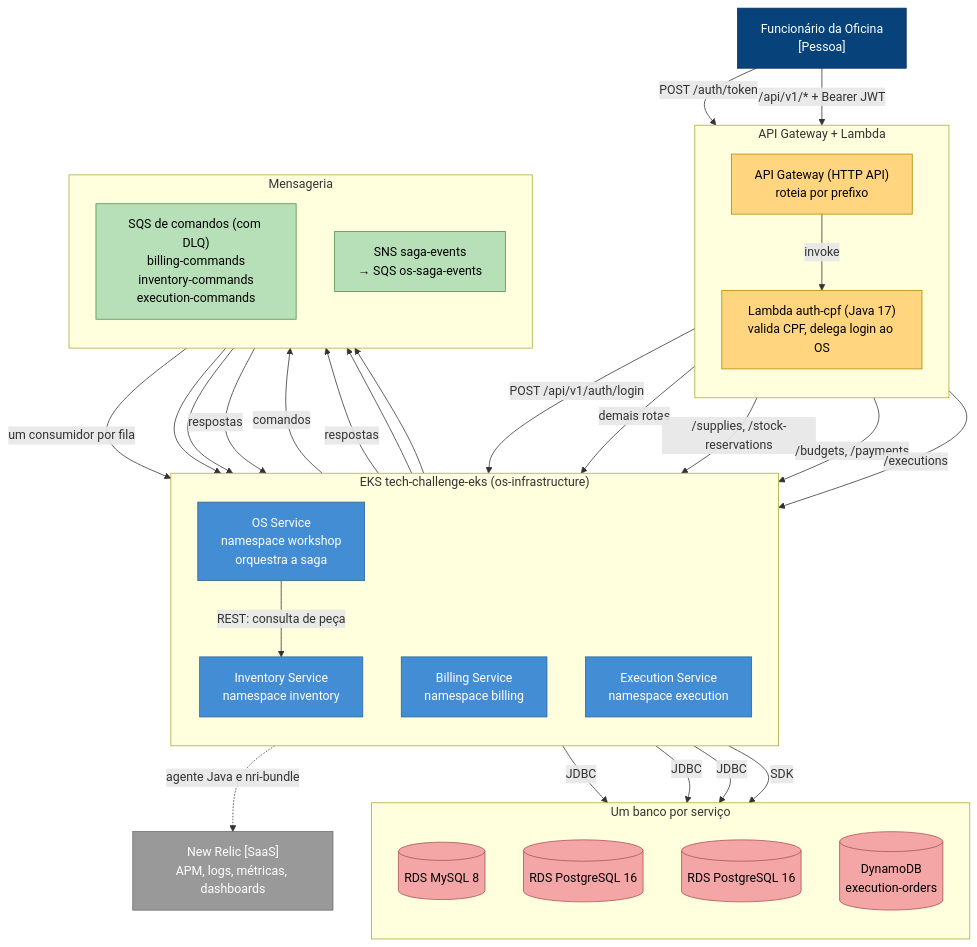
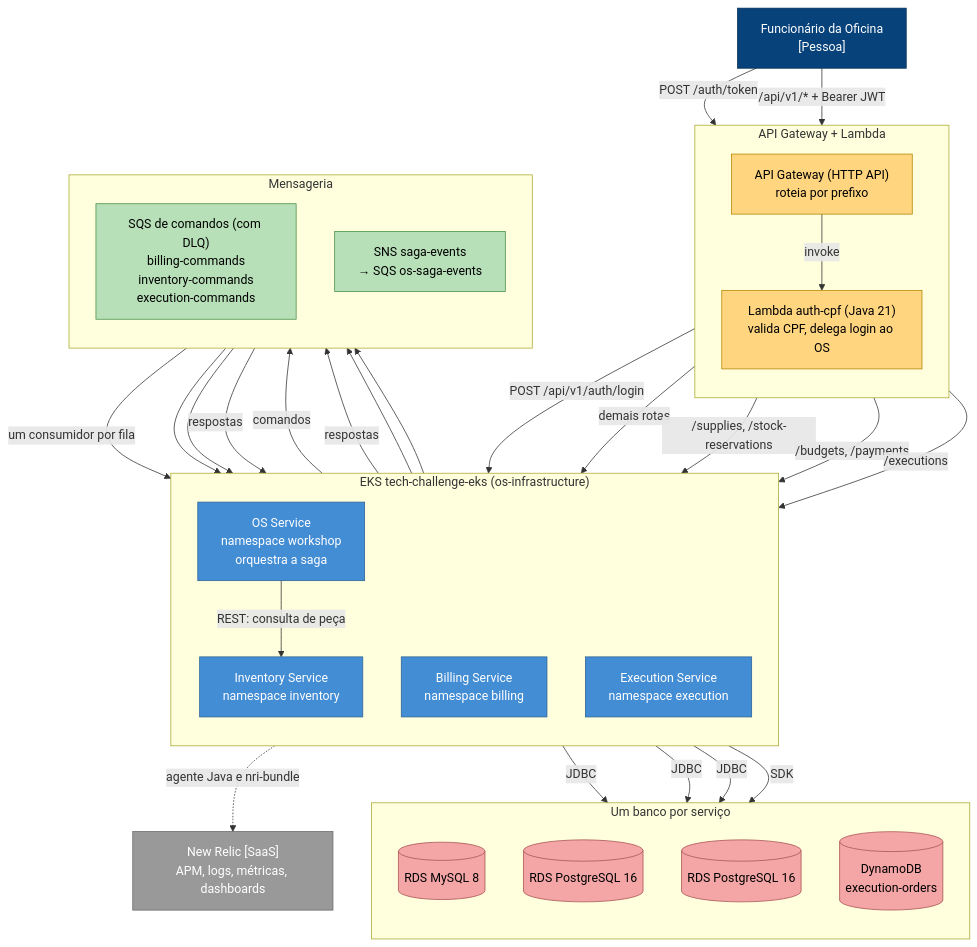
Before and after one commit to Adriana-Meyer/fiap-tech-challenge-os-service: the first of 10 diagrams in docs/ARCHITECTURE.md, drawn with Mermaid. The commit also changed other lines of this file and 9 other files, not shown here.

````diff
--- a/docs/ARCHITECTURE.md
+++ b/docs/ARCHITECTURE.md
@@ -11,67 +11,67 @@
 ```mermaid
 flowchart TB
     classDef person fill:#08427b,stroke:#052e56,color:#fff
     classDef gw fill:#ffd580,stroke:#b38600,color:#000
     classDef svc fill:#438dd5,stroke:#2e6295,color:#fff
     classDef db fill:#f4a6a6,stroke:#a85252,color:#000
     classDef msg fill:#b8e0b8,stroke:#4a8f4a,color:#000
     classDef ext fill:#999999,stroke:#6b6b6b,color:#fff
 
     Funcionario["Funcionário da Oficina<br/>[Pessoa]"]:::person
 
     subgraph GW["API Gateway + Lambda"]
         direction TB
         APIGW["API Gateway (HTTP API)<br/>roteia por prefixo"]:::gw
-        Lambda["Lambda auth-cpf (Java 17)<br/>valida CPF, delega login ao OS"]:::gw
+        Lambda["Lambda auth-cpf (Java 21)<br/>valida CPF, delega login ao OS"]:::gw
     end
 
     subgraph EKS["EKS tech-challenge-eks (os-infrastructure)"]
         direction TB
         OS["OS Service<br/>namespace workshop<br/>orquestra a saga"]:::svc
         INV["Inventory Service<br/>namespace inventory"]:::svc
         BIL["Billing Service<br/>namespace billing"]:::svc
         EXE["Execution Service<br/>namespace execution"]:::svc
     end
 
     subgraph DATA["Um banco por serviço"]
         direction TB
         DBOS[("RDS MySQL 8")]:::db
         DBINV[("RDS PostgreSQL 16")]:::db
         DBBIL[("RDS PostgreSQL 16")]:::db
         DBEXE[("DynamoDB<br/>execution-orders")]:::db
     end
 
     subgraph MSG["Mensageria"]
         direction TB
         CMD["SQS de comandos (com DLQ)<br/>billing-commands<br/>inventory-commands<br/>execution-commands"]:::msg
         EVT["SNS saga-events<br/>→ SQS os-saga-events"]:::msg
     end
 
     NewRelic["New Relic [SaaS]<br/>APM, logs, métricas, dashboards"]:::ext
 
     Funcionario -- "POST /auth/token" --> APIGW
     APIGW -- "invoke" --> Lambda
     Lambda -- "POST /api/v1/auth/login" --> OS
     Funcionario -- "/api/v1/* + Bearer JWT" --> APIGW
     APIGW -- "demais rotas" --> OS
     APIGW -- "/supplies, /stock-reservations" --> INV
     APIGW -- "/budgets, /payments" --> BIL
     APIGW -- "/executions" --> EXE
 
     OS -- "JDBC" --> DBOS
     INV -- "JDBC" --> DBINV
     BIL -- "JDBC" --> DBBIL
     EXE -- "SDK" --> DBEXE
 
     OS -- "REST: consulta de peça" --> INV
     OS -- "comandos" --> CMD
     CMD -- "um consumidor por fila" --> INV
     CMD --> BIL
     CMD --> EXE
     INV -- "respostas" --> EVT
     BIL --> EVT
     EXE --> EVT
     EVT -- "respostas" --> OS
 
     EKS -. "agente Java e nri-bundle" .-> NewRelic
 ```
````
